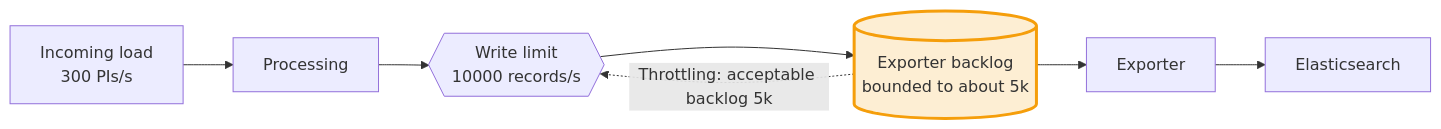
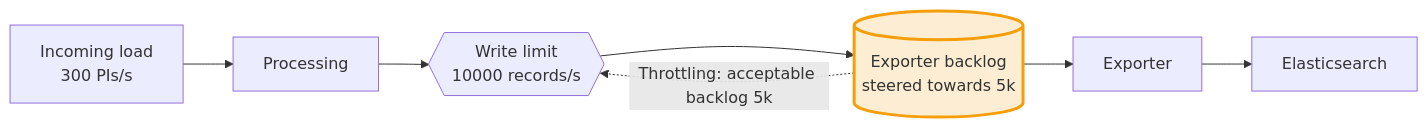
Before and after one commit to zeebe-io/zeebe-chaos: the seventh of 7 diagrams in chaos-days/blog/2026-10-15-Experiment-with-flow-control/index.md, drawn with Mermaid. The commit also changed other lines of this file, not shown here.

First line of the commit message:
blog: describe the acceptable backlog as a soft limit in the diagrams

````diff
--- a/chaos-days/blog/2026-10-15-Experiment-with-flow-control/index.md
+++ b/chaos-days/blog/2026-10-15-Experiment-with-flow-control/index.md
@@ -280,12 +280,12 @@
 ```mermaid
 flowchart LR
     A["Incoming load<br/>300 PIs/s"] --> B["Processing"]
     B --> W{{"Write limit<br/>10000 records/s"}}
-    W --> Q[("Exporter backlog<br/>bounded to about 5k")]
+    W --> Q[("Exporter backlog<br/>steered towards 5k")]
     Q --> X["Exporter"]
     X --> E["Elasticsearch"]
     Q -. "Throttling: acceptable backlog 5k" .-> W
     classDef knob fill:#f59e0b,fill-opacity:0.18,stroke:#f59e0b,stroke-width:3px
     classDef off fill:none,stroke:#9ca3af,stroke-dasharray:4 4,color:#9ca3af
     class Q knob
 ```
````
